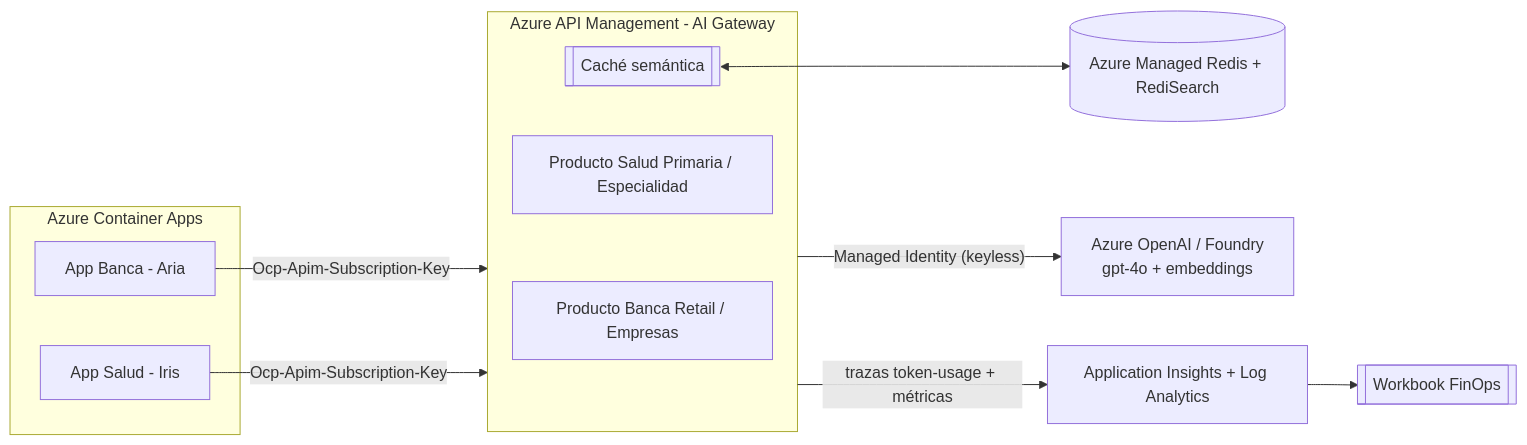
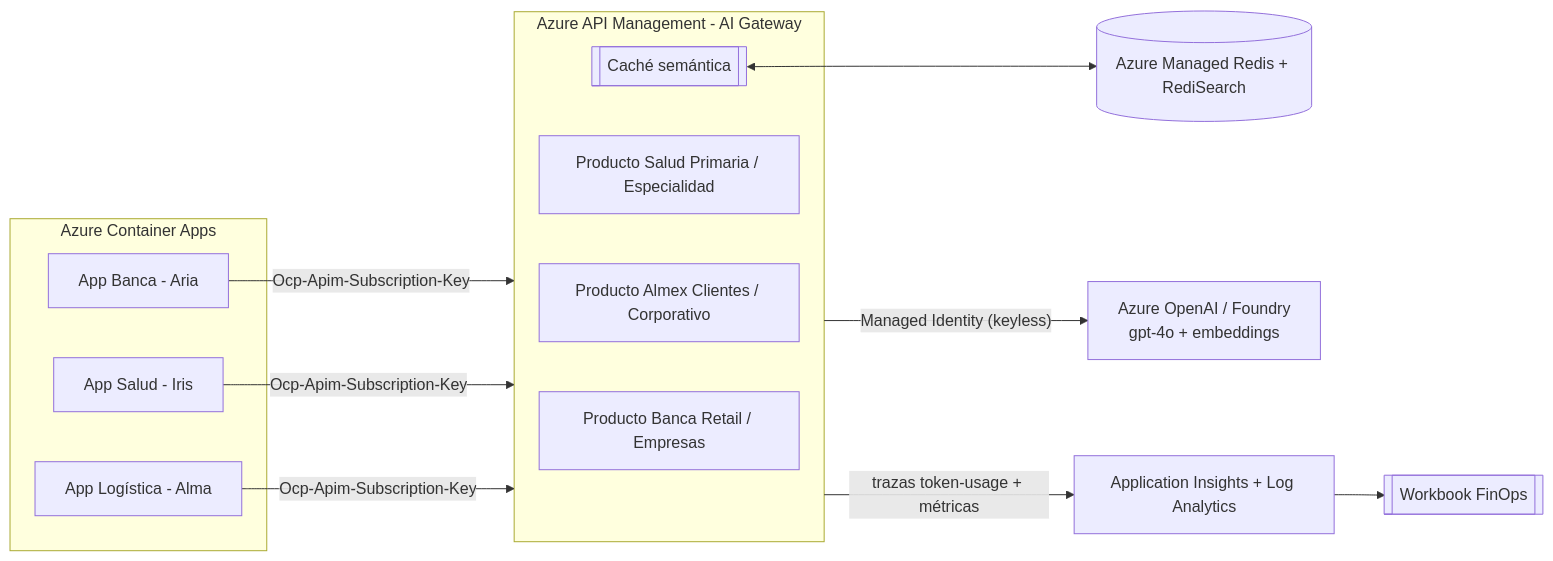
The diagram in README.md (gracielars999/azure-ai-governance-demos), drawn with Mermaid before and after one commit. The commit also changed other lines of this file and 21 other files, not shown here.

First line of the commit message:
Agrega tercera demo: Almex (logística y transporte, chatbot Alma)

````diff
--- a/README.md
+++ b/README.md
@@ -62,23 +63,26 @@
 ```mermaid
 flowchart LR
     subgraph Apps[Azure Container Apps]
         B[App Banca - Aria]
         S[App Salud - Iris]
+        A[App Logística - Alma]
     end
     subgraph GW[Azure API Management - AI Gateway]
         PB[Producto Banca Retail / Empresas]
         PS[Producto Salud Primaria / Especialidad]
+        PA[Producto Almex Clientes / Corporativo]
         CACHE[[Caché semántica]]
     end
     REDIS[(Azure Managed Redis + RediSearch)]
     FO[Azure OpenAI / Foundry\ngpt-4o + embeddings]
     AI[Application Insights + Log Analytics]
     WB[[Workbook FinOps]]
 
     B -- "Ocp-Apim-Subscription-Key" --> GW
     S -- "Ocp-Apim-Subscription-Key" --> GW
+    A -- "Ocp-Apim-Subscription-Key" --> GW
     GW -- "Managed Identity (keyless)" --> FO
     CACHE <--> REDIS
     GW -- "trazas token-usage + métricas" --> AI
     AI --> WB
 ```
````
